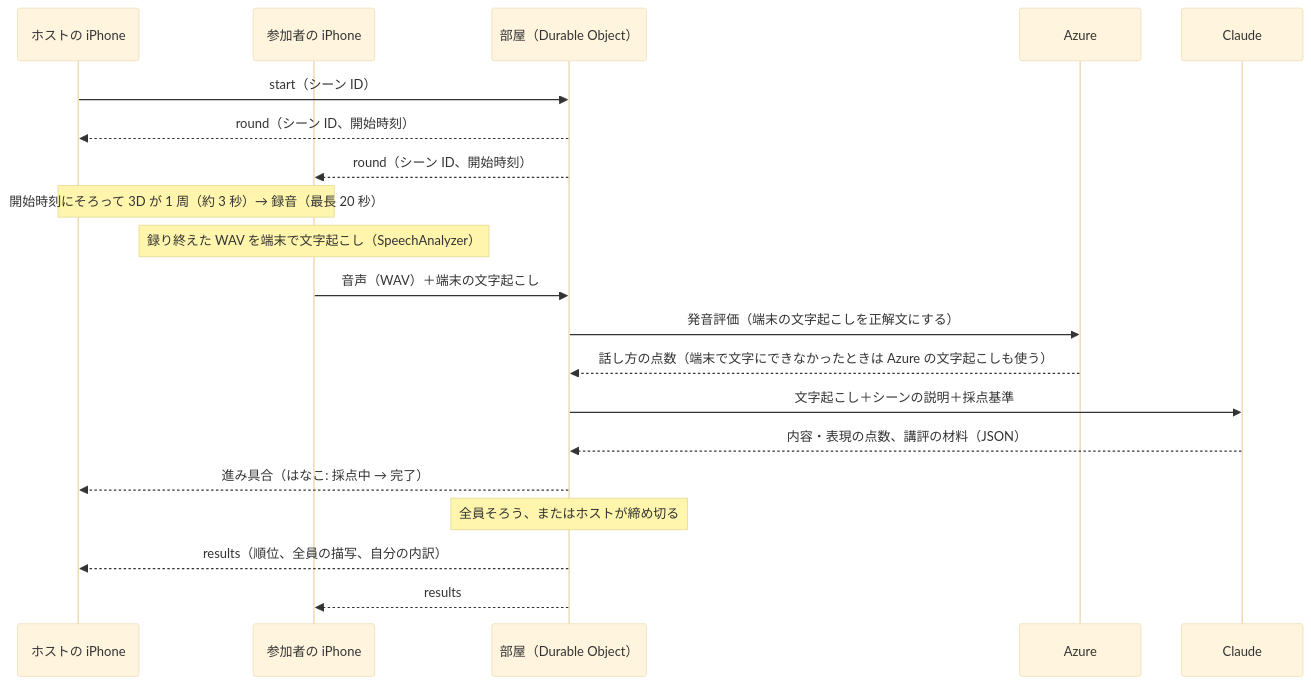
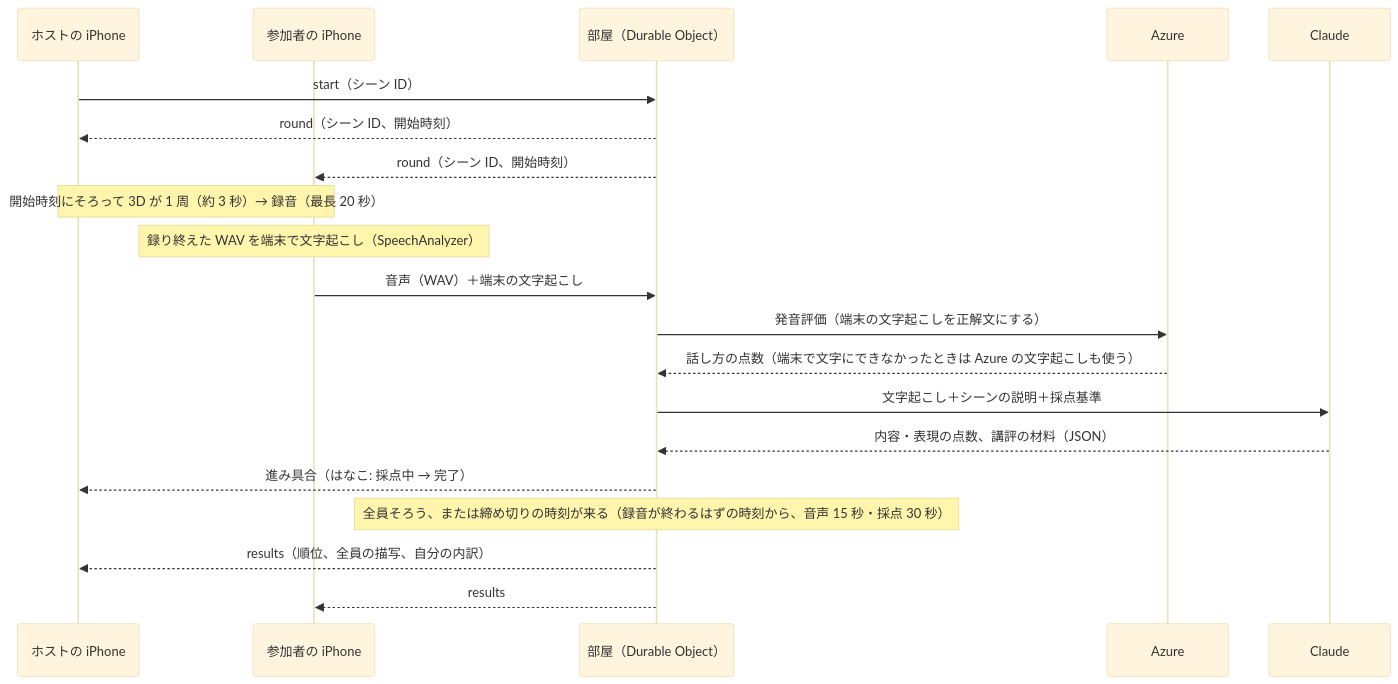
One commit to jphacks/ng_2622 changed the second of 2 diagrams in docs/design/architecture.md. Above: the diagram before and after it, drawn with Mermaid (base theme). The commit also changed other lines of this file and 97 other files, not shown here.

````diff
--- a/docs/design/architecture.md
+++ b/docs/design/architecture.md
@@ -34,22 +34,22 @@
 ```mermaid
 sequenceDiagram
   participant H as ホストの iPhone
   participant P as 参加者の iPhone
   participant R as 部屋（Durable Object）
   participant Az as Azure
   participant Cl as Claude
   H->>R: start（シーン ID）
   R-->>H: round（シーン ID、開始時刻）
   R-->>P: round（シーン ID、開始時刻）
   Note over H,P: 開始時刻にそろって 3D が 1 周（約 3 秒）→ 録音（最長 20 秒）
   Note over P: 録り終えた WAV を端末で文字起こし（SpeechAnalyzer）
   P->>R: 音声（WAV）＋端末の文字起こし
   R->>Az: 発音評価（端末の文字起こしを正解文にする）
   Az-->>R: 話し方の点数（端末で文字にできなかったときは Azure の文字起こしも使う）
   R->>Cl: 文字起こし＋シーンの説明＋採点基準
   Cl-->>R: 内容・表現の点数、講評の材料（JSON）
   R-->>H: 進み具合（はなこ: 採点中 → 完了）
-  Note over R: 全員そろう、またはホストが締め切る
+  Note over R: 全員そろう、または締め切りの時刻が来る（録音が終わるはずの時刻から、音声 15 秒・採点 30 秒）
   R-->>H: results（順位、全員の描写、自分の内訳）
   R-->>P: results
 ```
````
